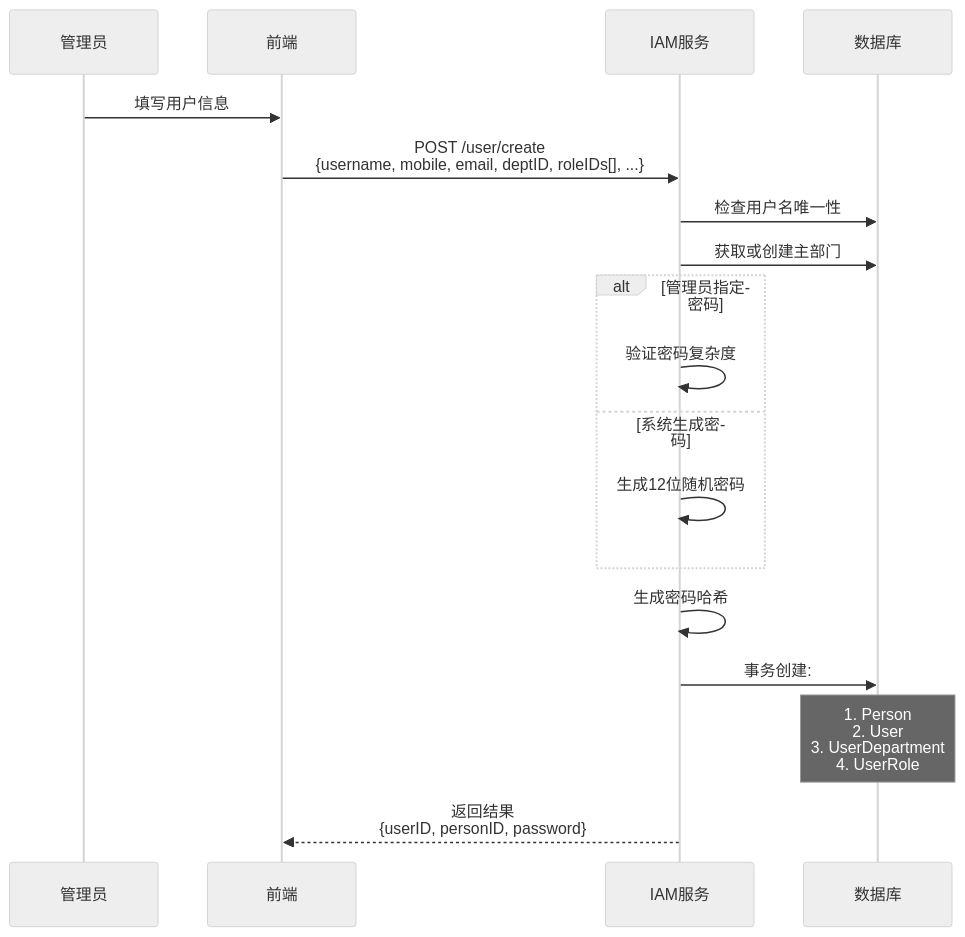
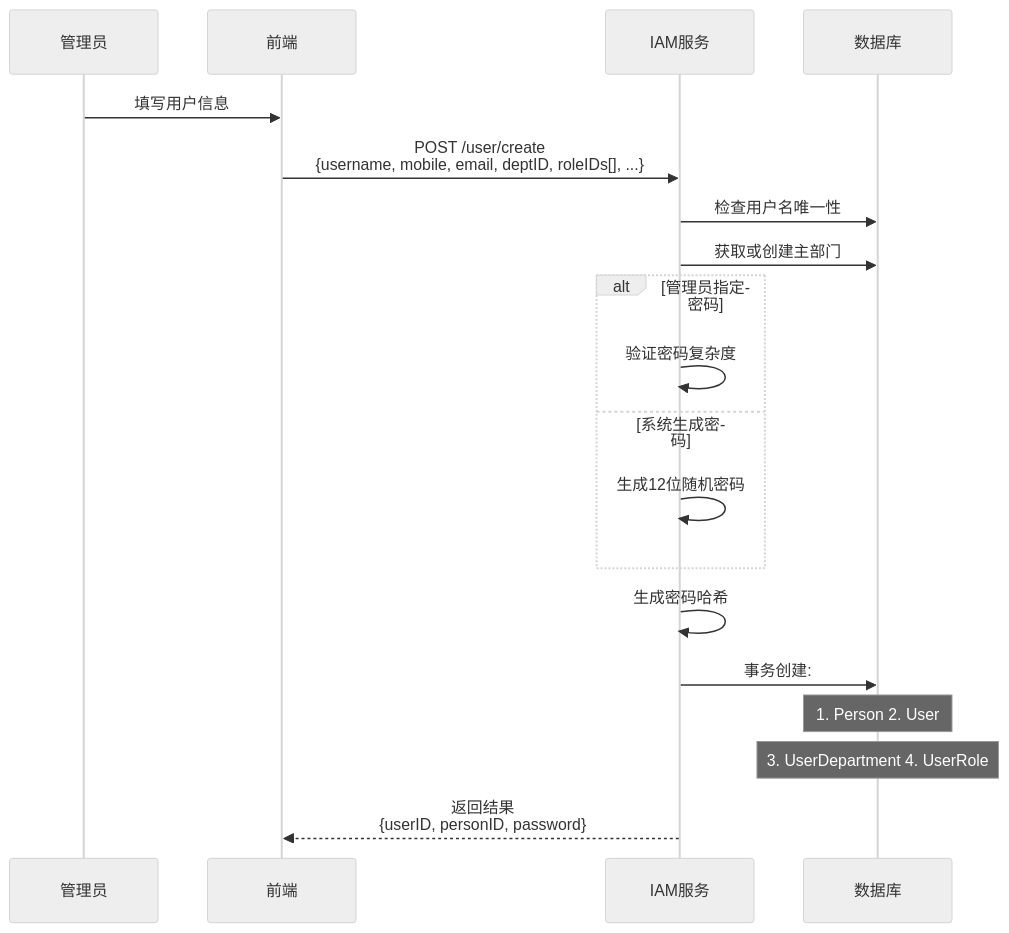
Before and after one commit to morehao/go-ark-template: the tenth of 16 diagrams in apps/iam/docs/IAM-FLOW.md, drawn with Mermaid (neutral theme). The commit also changed other lines of this file and 2 other files, not shown here.

First line of the commit message:
feat(iam): add OIDC/SSO tables and update IAM flow documentation

````diff
--- a/apps/iam/docs/IAM-FLOW.md
+++ b/apps/iam/docs/IAM-FLOW.md
@@ -488,21 +436,22 @@
 ```mermaid
 sequenceDiagram
     participant A as 管理员
     participant C as 前端
     participant IAM as IAM服务
     participant DB as 数据库
 
     A->>C: 填写用户信息
     C->>IAM: POST /user/create<br/>{username, mobile, email, deptID, roleIDs[], ...}
     IAM->>DB: 检查用户名唯一性
     IAM->>DB: 获取或创建主部门
     alt 管理员指定密码
         IAM->>IAM: 验证密码复杂度
     else 系统生成密码
         IAM->>IAM: 生成12位随机密码
     end
     IAM->>IAM: 生成密码哈希
     IAM->>DB: 事务创建:
-    Note over DB: 1. Person<br/>2. User<br/>3. UserDepartment<br/>4. UserRole
+    Note over DB: 1. Person 2. User
+    Note over DB: 3. UserDepartment 4. UserRole
     IAM-->>C: 返回结果<br/>{userID, personID, password}
 ```
````
